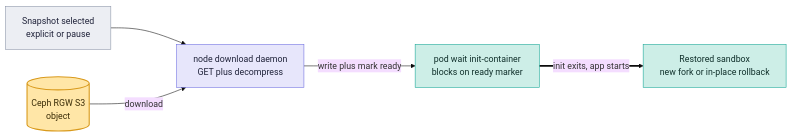
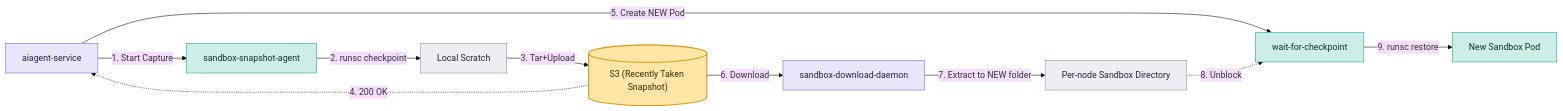
The sixth of 6 diagrams in README.md (chandini1727/plant_disease_app), drawn with Mermaid (base theme) before and after one commit. The commit also changed other lines of this file, not shown here.

````diff
--- a/README.md
+++ b/README.md
@@ -311,16 +233,17 @@
 ```mermaid
 flowchart LR
-    A["Snapshot selected<br/>explicit or pause"]:::store
-    DM["node download daemon<br/>GET plus decompress"]:::cp
-    S3[("Ceph RGW S3<br/>object")]:::star
-    WAIT["pod wait init-container<br/>blocks on ready marker"]:::dp
-    N["Restored sandbox<br/>new fork or in-place rollback"]:::dp
-    A --> DM
-    S3 -->|"download"| DM
-    DM -->|"write plus mark ready"| WAIT
-    WAIT ==>|"init exits, app starts"| N
+    CP["aiagent-service"]:::cp -->|"1. Start Capture"| SA["sandbox-snapshot-agent"]:::dp
+    SA -->|"2. runsc checkpoint"| SC["Local Scratch"]:::store
+    SC -->|"3. Tar+Upload"| S3[("S3 (Recently Taken Snapshot)")]:::star
+    S3 -.->|"4. 200 OK"| CP
+    CP -->|"5. Create NEW Pod"| WAIT["wait-for-checkpoint"]:::dp
+    S3 -->|"6. Download"| DD["sandbox-download-daemon"]:::cp
+    DD -->|"7. Extract to NEW folder"| LD["Per-node Sandbox Directory"]:::store
+    LD -.->|"8. Unblock"| WAIT
+    WAIT -->|"9. runsc restore"| RUN["New Sandbox Pod"]:::dp
+
     classDef cp fill:#e7e6fb,stroke:#6b6be0,color:#20233a
     classDef dp fill:#cdeee7,stroke:#12a594,color:#10302b
     classDef store fill:#eceef3,stroke:#8a93a6,color:#20233a
     classDef star fill:#ffe6a7,stroke:#d99a1c,stroke-width:2px,color:#3a2c07
 ```
````
